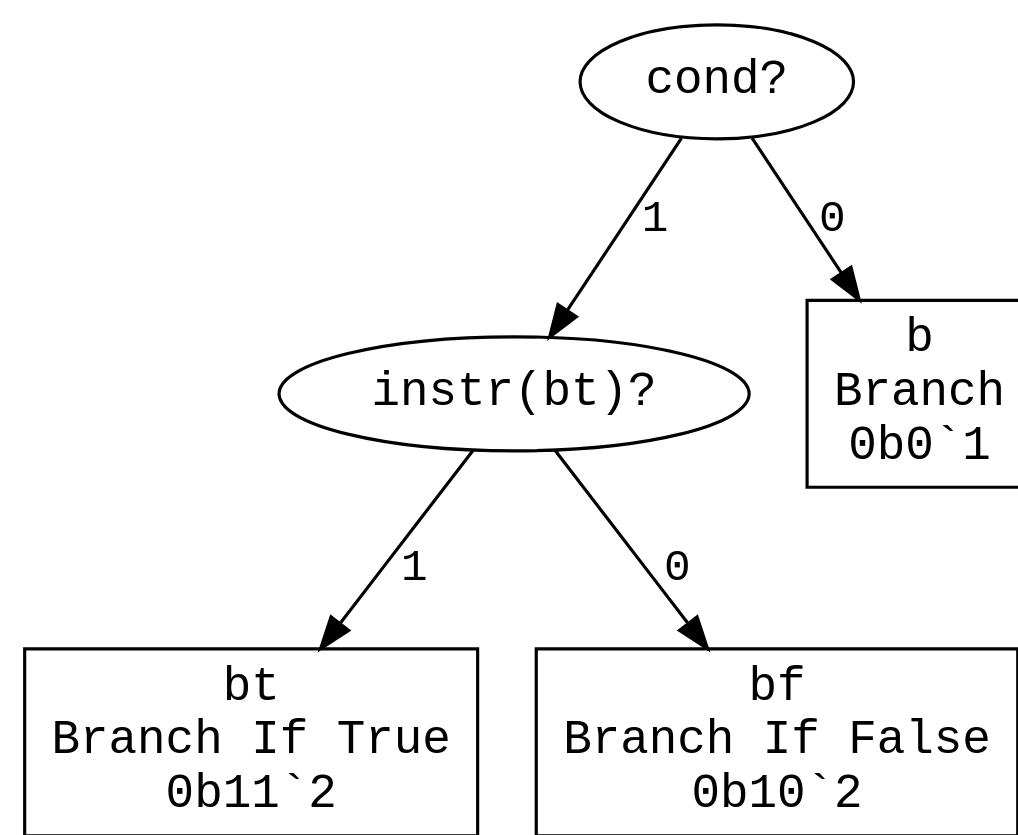
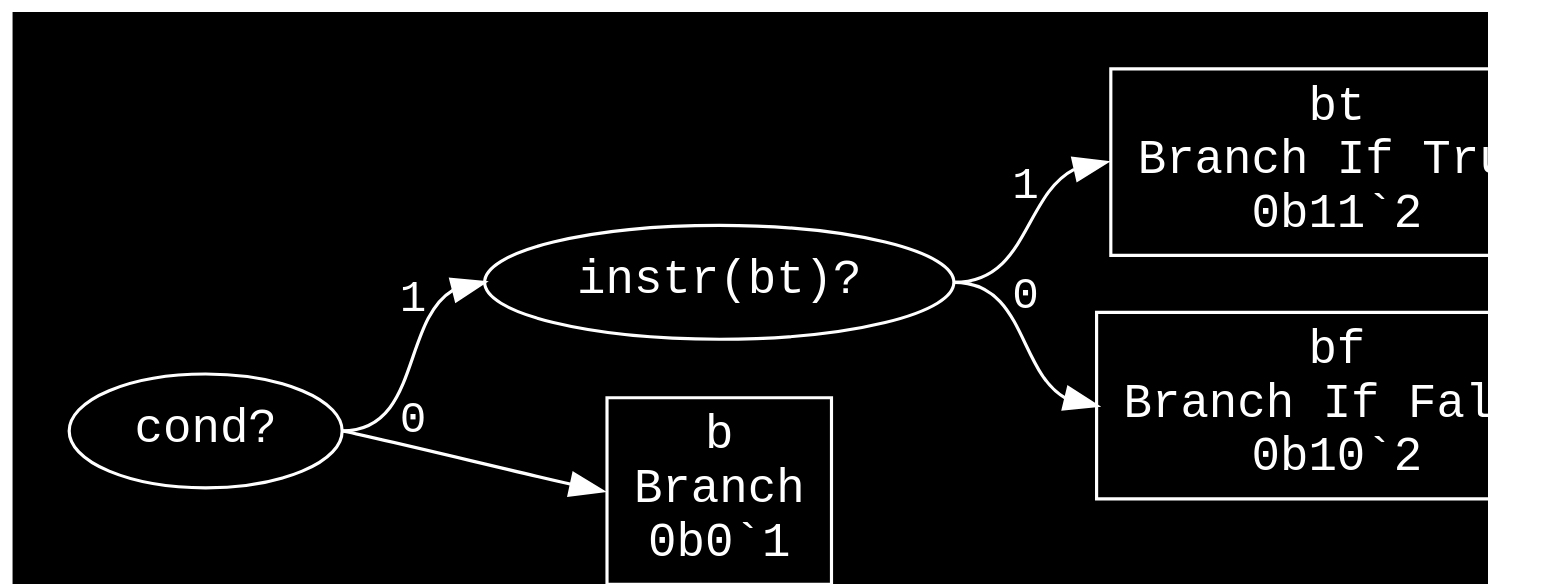
One commit to eignnx/SPRIND changed the diagram in assets/graphs/b.dot. Above: the diagram before and after it, drawn with Graphviz. The commit also changed 18 other files, not shown here.

```diff
--- a/assets/graphs/b.dot
+++ b/assets/graphs/b.dot
@@ -1,14 +1,14 @@
 digraph "Format b" {
-  graph [dpi = 100, bgcolor="white"];
-  node [fontname = "Courier", fontsize="15pt"];
-  edge [fontname = "Courier"];
+  graph [dpi = 100, bgcolor="#111", fontcolor="white", rankdir=LR, pad="0.25"];
+  node [fontname = "Courier", fontsize="15pt", color="white", fontcolor="white"];
+  edge [fontname = "Courier", color="white", fontcolor="white"];
   "cond_15537093" [label = "cond?", shape = ellipse];
-  "cond_15537093" -> "instr(bt)_2981130" [label = "1"];
-  "cond_15537093" -> "b_5886451" [label = "0"];
+  "cond_15537093":e -> "instr(bt)_2981130":w [label = "1"];
+  "cond_15537093":e -> "b_5886451":w [label = "0"];
   "instr(bt)_2981130" [label = "instr(bt)?", shape = ellipse];
-  "instr(bt)_2981130" -> "bt_15089679" [label = "1"];
-  "instr(bt)_2981130" -> "bf_8755250" [label = "0"];
+  "instr(bt)_2981130":e -> "bt_15089679":w [label = "1"];
+  "instr(bt)_2981130":e -> "bf_8755250":w [label = "0"];
   "bt_15089679" [label = "bt\nBranch If True\n0b11`2", shape = rectangle];
   "bf_8755250" [label = "bf\nBranch If False\n0b10`2", shape = rectangle];
   "b_5886451" [label = "b\nBranch\n0b0`1", shape = rectangle];
 }
```
